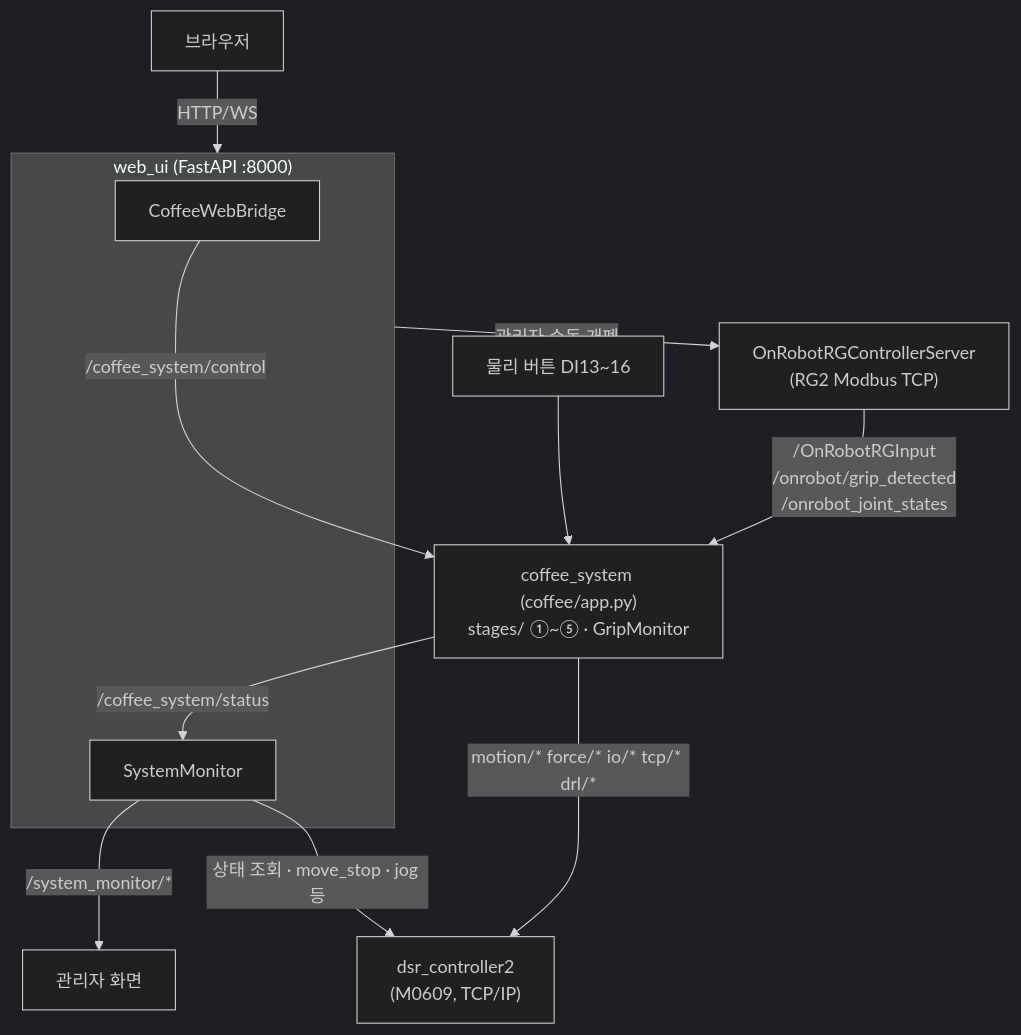
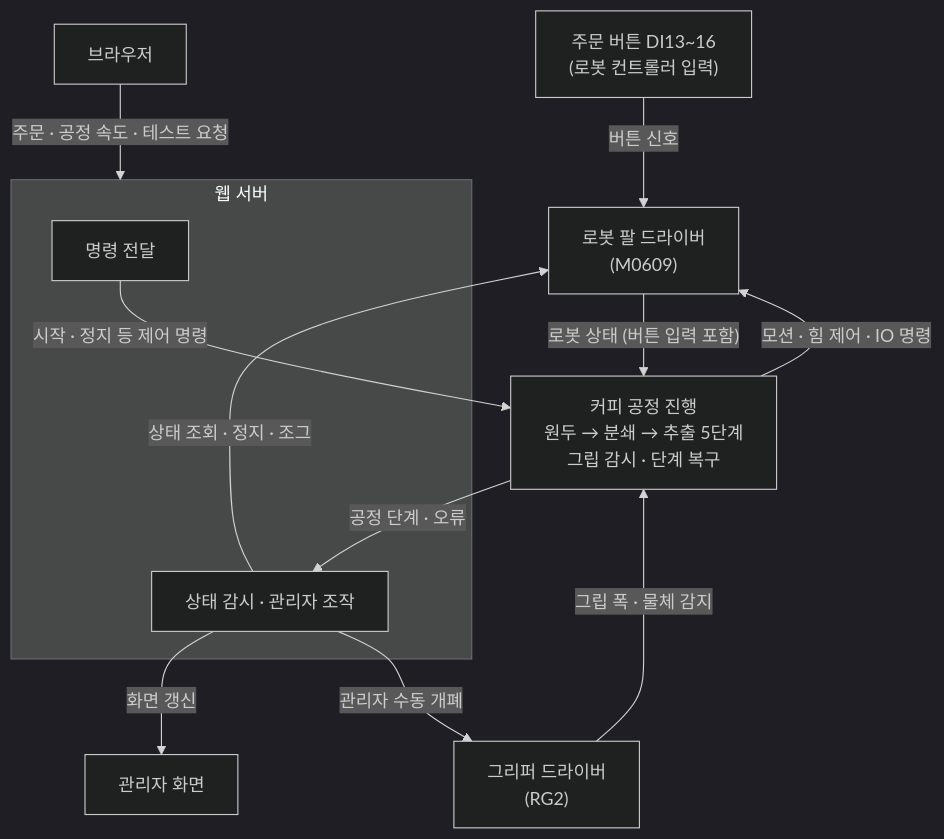
One commit to gwanhuiGIM/Rokey_cobot1 changed the first of 2 diagrams in README.md. Above: the diagram before and after it, drawn with Mermaid (dark theme). The commit also changed other lines of this file, not shown here.

Commit message:
README: 구성도를 기능 중심으로 다시 그림, 칸→코드·토픽 표 추가

````diff
--- a/README.md
+++ b/README.md
@@ -14,16 +16,17 @@
 ```mermaid
 flowchart TB
-    BTN["물리 버튼 DI13~16"] --> CS
-    BR["브라우저"] -->|"HTTP/WS"| WEB
-    subgraph WEB["web_ui (FastAPI :8000)"]
-        BRIDGE["CoffeeWebBridge"]
-        MON["SystemMonitor"]
+    BTN["주문 버튼 DI13~16<br/>(로봇 컨트롤러 입력)"] -->|"버튼 신호"| DSR
+    BR["브라우저"] -->|"주문 · 공정 속도 · 테스트 요청"| WEB
+    subgraph WEB["웹 서버"]
+        BRIDGE["명령 전달"]
+        MON["상태 감시 · 관리자 조작"]
     end
-    BRIDGE -->|"/coffee_system/control"| CS["coffee_system (coffee/app.py)<br/>stages/ ①~⑤ · GripMonitor"]
-    CS -->|"/coffee_system/status"| MON
-    MON -->|"/system_monitor/*"| ADMIN["관리자 화면"]
-    MON -->|"상태 조회 · move_stop · jog 등"| DSR
-    CS -->|"motion/* force/* io/* tcp/* drl/*"| DSR["dsr_controller2<br/>(M0609, TCP/IP)"]
-    WEB -->|"관리자 수동 개폐"| ONR["OnRobotRGControllerServer<br/>(RG2 Modbus TCP)"]
-    ONR -->|"/OnRobotRGInput<br/>/onrobot/grip_detected<br/>/onrobot_joint_states"| CS
+    BRIDGE -->|"시작 · 정지 등 제어 명령"| CS["커피 공정 진행<br/>원두 → 분쇄 → 추출 5단계<br/>그립 감시 · 단계 복구"]
+    CS -->|"공정 단계 · 오류"| MON
+    MON -->|"화면 갱신"| ADMIN["관리자 화면"]
+    MON -->|"상태 조회 · 정지 · 조그"| DSR
+    CS -->|"모션 · 힘 제어 · IO 명령"| DSR["로봇 팔 드라이버<br/>(M0609)"]
+    DSR -->|"로봇 상태 (버튼 입력 포함)"| CS
+    MON -->|"관리자 수동 개폐"| ONR["그리퍼 드라이버<br/>(RG2)"]
+    ONR -->|"그립 폭 · 물체 감지"| CS
 ```
````
